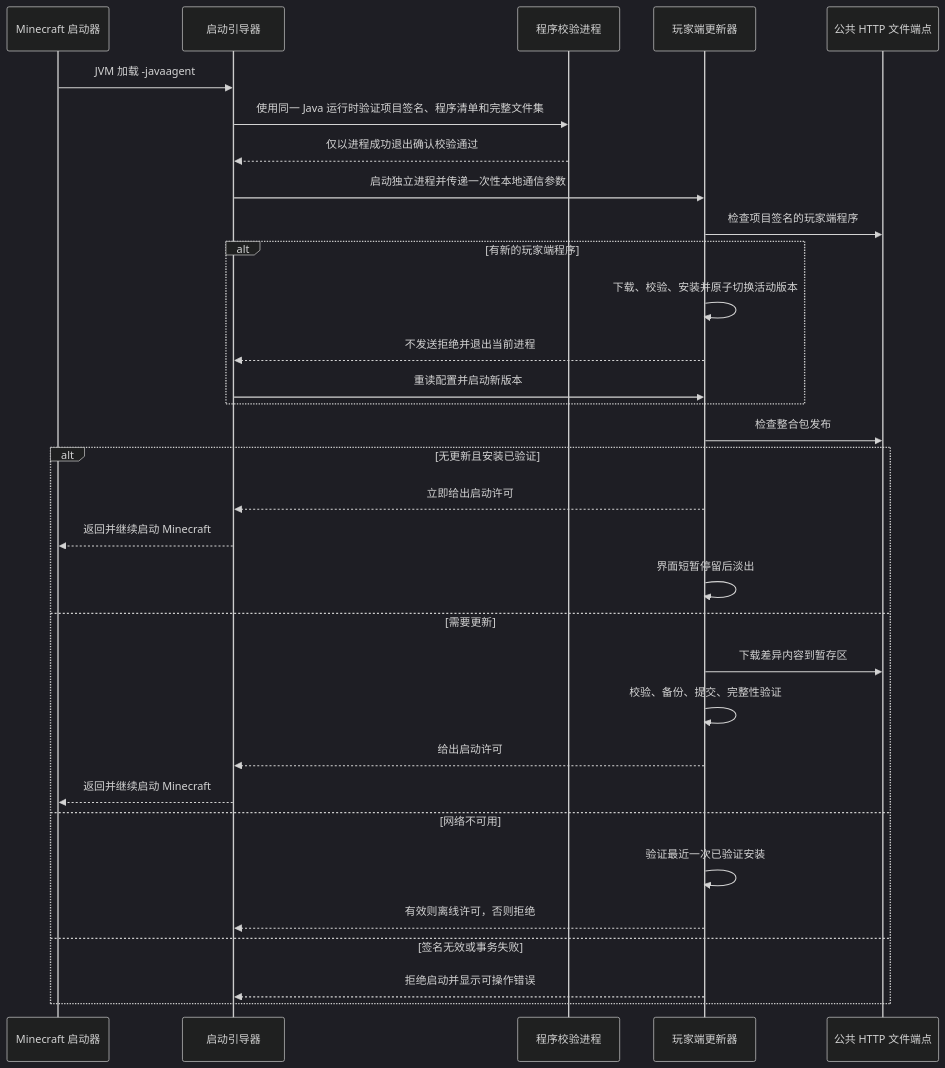
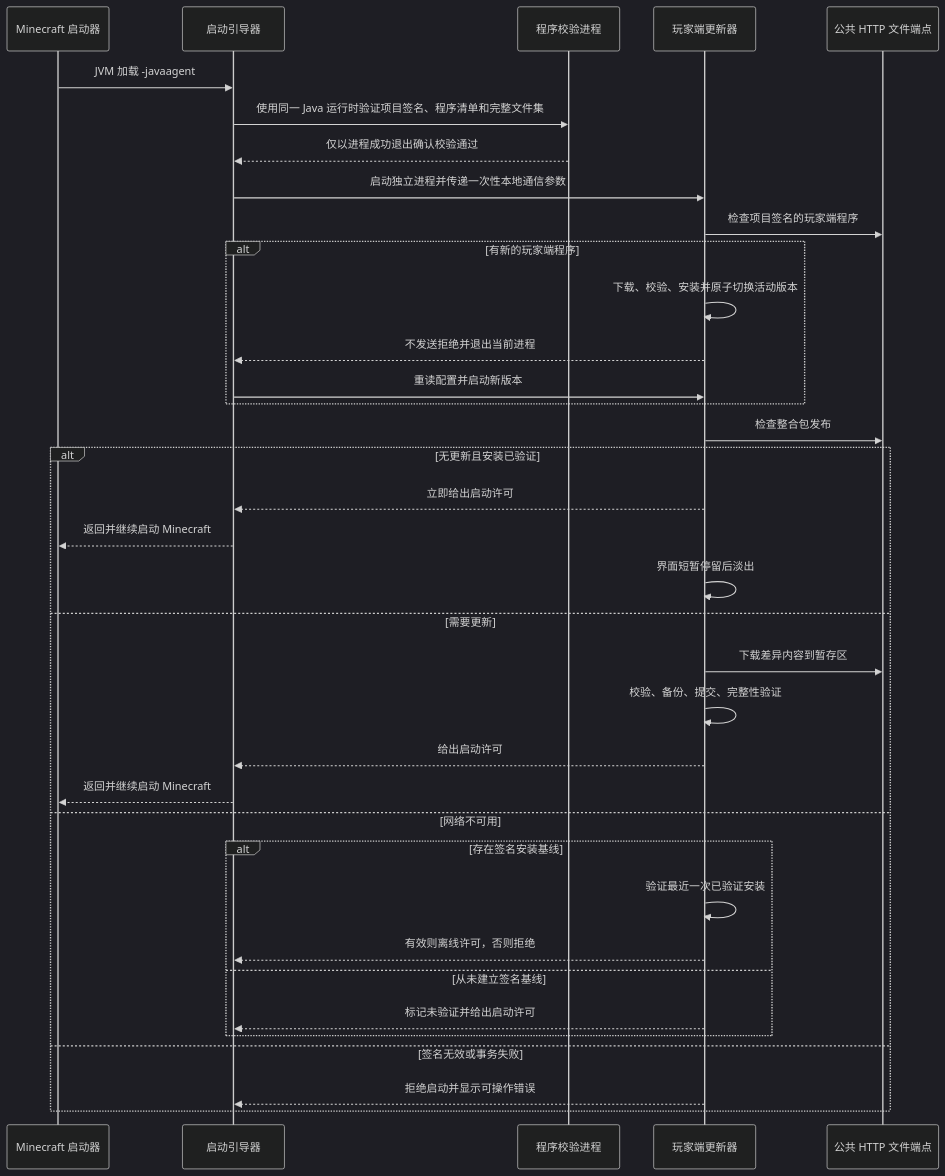
The third of 3 diagrams in docs/V1-DESIGN.md (hanhanyu666/DreamingFish-Updater), drawn with Mermaid (dark theme) before and after one commit. The commit also changed other lines of this file and 10 other files, not shown here.

````diff
--- a/docs/V1-DESIGN.md
+++ b/docs/V1-DESIGN.md
@@ -146,35 +146,39 @@
 ```mermaid
 sequenceDiagram
     participant L as Minecraft 启动器
     participant A as 启动引导器
     participant V as 程序校验进程
     participant U as 玩家端更新器
     participant H as 公共 HTTP 文件端点
 
     L->>A: JVM 加载 -javaagent
     A->>V: 使用同一 Java 运行时验证项目签名、程序清单和完整文件集
     V-->>A: 仅以进程成功退出确认校验通过
     A->>U: 启动独立进程并传递一次性本地通信参数
     U->>H: 检查项目签名的玩家端程序
     alt 有新的玩家端程序
         U->>U: 下载、校验、安装并原子切换活动版本
         U-->>A: 不发送拒绝并退出当前进程
         A->>U: 重读配置并启动新版本
     end
     U->>H: 检查整合包发布
     alt 无更新且安装已验证
         U-->>A: 立即给出启动许可
         A-->>L: 返回并继续启动 Minecraft
         U->>U: 界面短暂停留后淡出
     else 需要更新
         U->>H: 下载差异内容到暂存区
         U->>U: 校验、备份、提交、完整性验证
         U-->>A: 给出启动许可
         A-->>L: 返回并继续启动 Minecraft
     else 网络不可用
-        U->>U: 验证最近一次已验证安装
-        U-->>A: 有效则离线许可，否则拒绝
+        alt 存在签名安装基线
+            U->>U: 验证最近一次已验证安装
+            U-->>A: 有效则离线许可，否则拒绝
+        else 从未建立签名基线
+            U-->>A: 标记未验证并给出启动许可
+        end
     else 签名无效或事务失败
         U-->>A: 拒绝启动并显示可操作错误
     end
 ```
````
